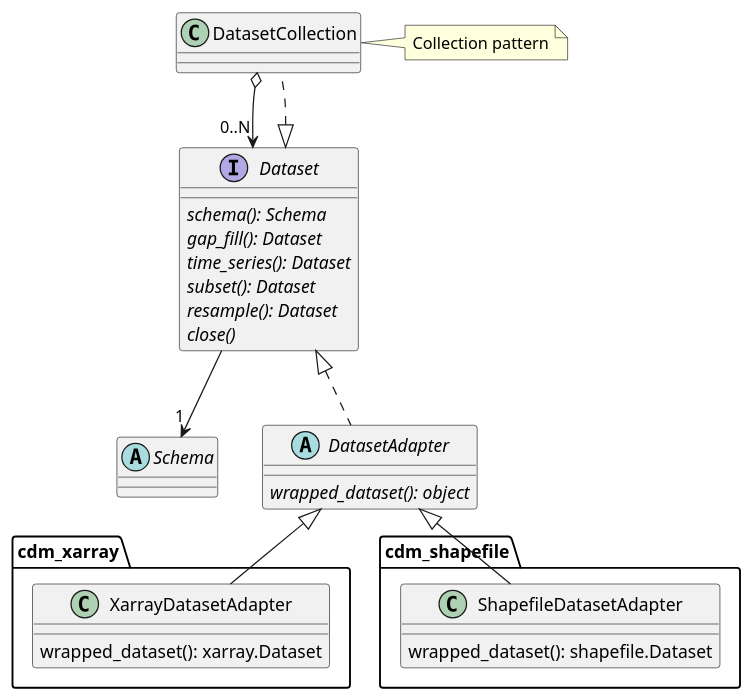
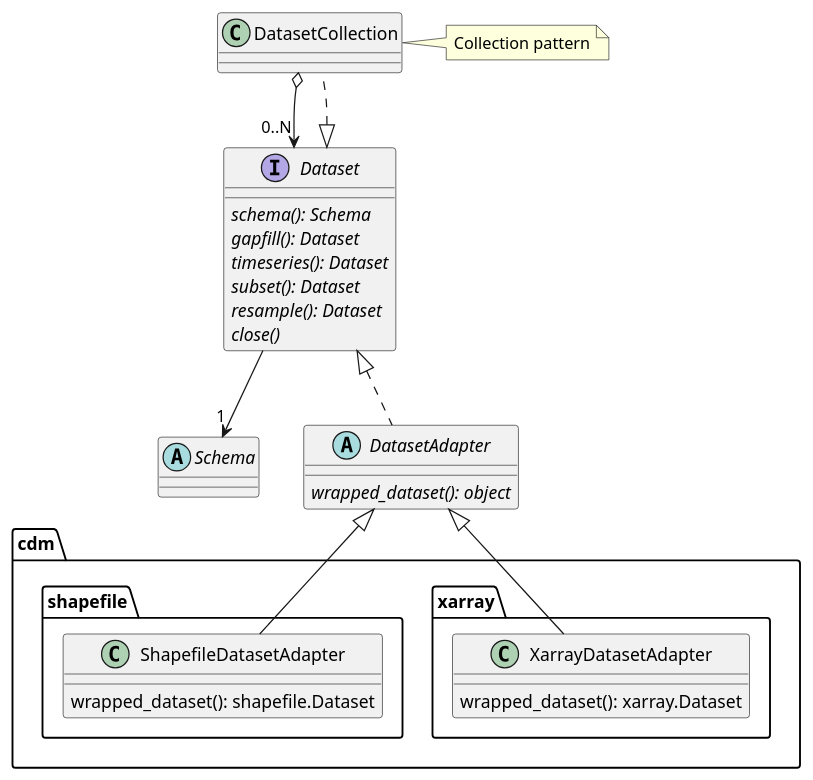
Before and after one commit to CCI-Tools/cate: the diagram in doc/source/uml/cdm.puml, drawn with PlantUML. The commit also changed 6 other files, not shown here.

Commit message:
added new UML diagrams, improved older ones

```diff
--- a/doc/source/uml/cdm.puml
+++ b/doc/source/uml/cdm.puml
@@ -1,37 +1,37 @@
 @startuml
 
 interface Dataset {
     {abstract} schema(): Schema
-    {abstract} gap_fill(): Dataset
-    {abstract} time_series(): Dataset
+    {abstract} gapfill(): Dataset
+    {abstract} timeseries(): Dataset
     {abstract} subset(): Dataset
     {abstract} resample(): Dataset
     {abstract} close()
 }
 
 abstract Schema {
 }
 
 abstract DatasetAdapter implements Dataset {
     {abstract} wrapped_dataset(): object
 }
 
 class DatasetCollection implements Dataset {
 }
 
-class cdm_xarray.XarrayDatasetAdapter extends DatasetAdapter {
+class cdm.xarray.XarrayDatasetAdapter extends DatasetAdapter {
     wrapped_dataset(): xarray.Dataset
 }
 
-class cdm_shapefile.ShapefileDatasetAdapter extends DatasetAdapter {
+class cdm.shapefile.ShapefileDatasetAdapter extends DatasetAdapter {
     wrapped_dataset(): shapefile.Dataset
 }
 
 DatasetCollection o--> "0..N" Dataset
 Dataset --> "1" Schema
 
 note right of DatasetCollection
 Collection pattern
 end note
 
 @enduml
```
